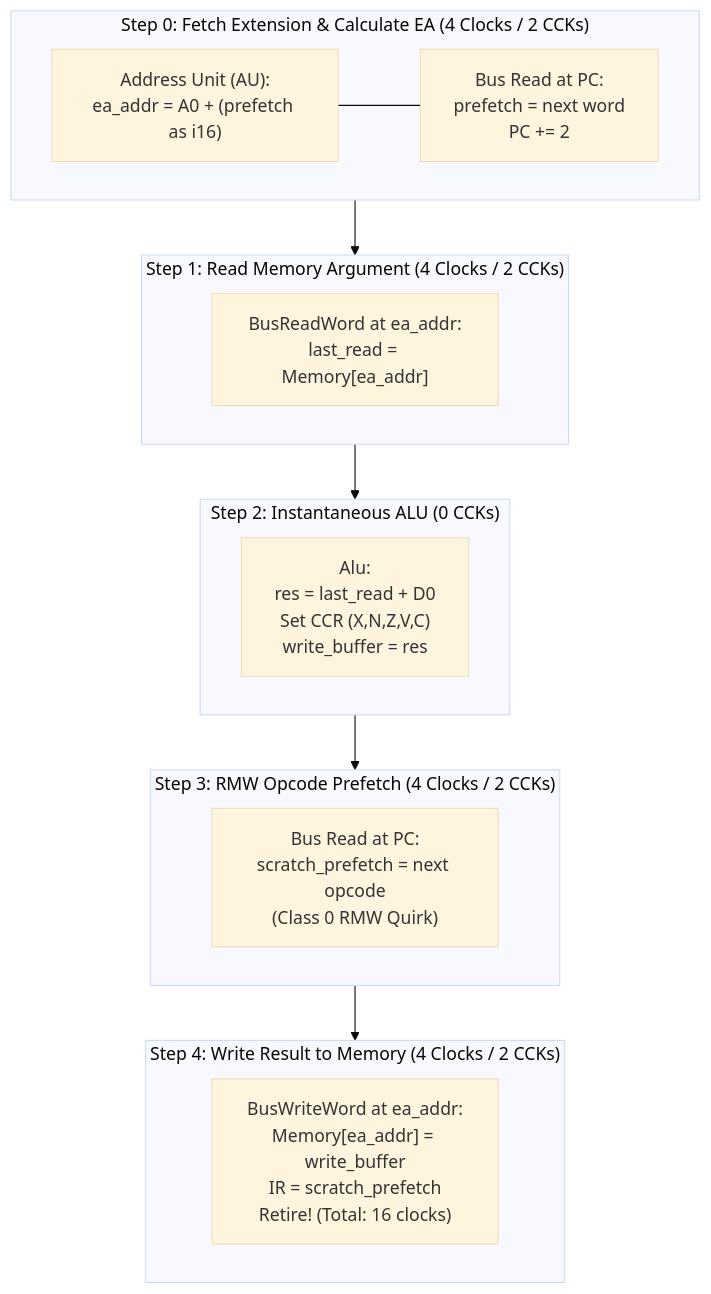
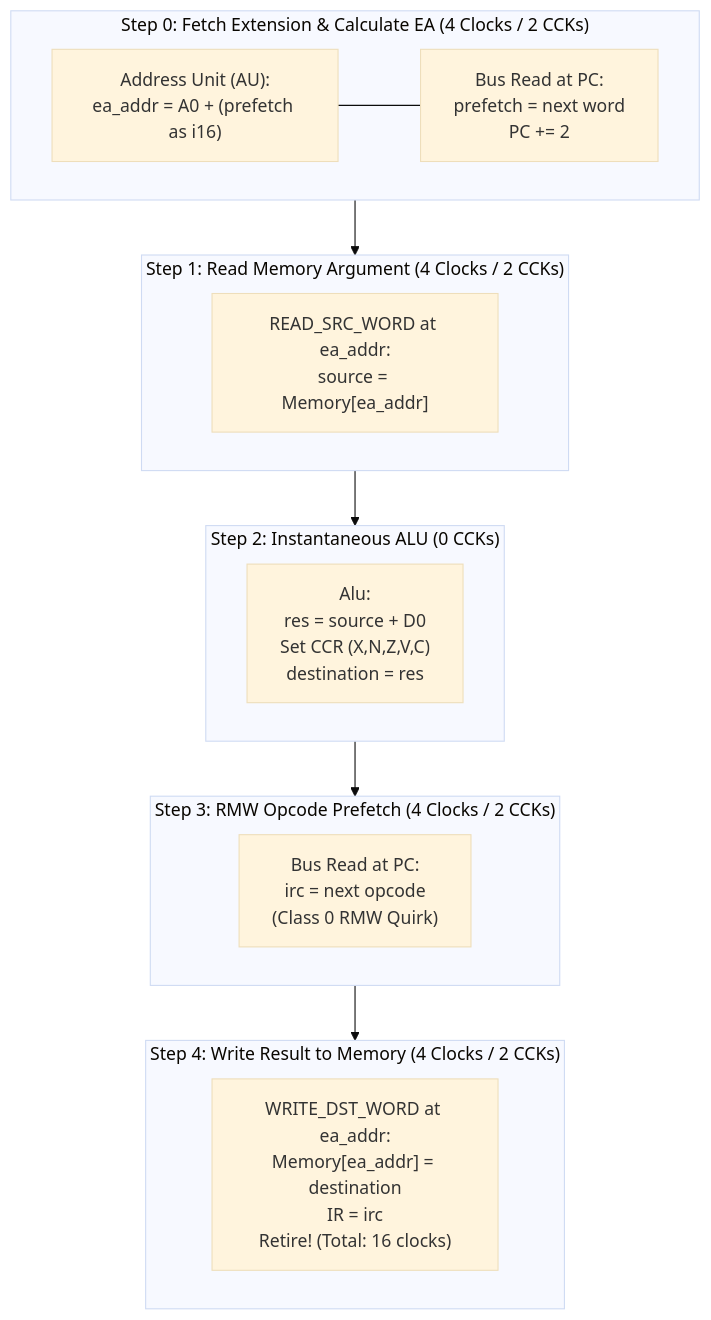
Before and after one commit to tomek-anuszkiewicz/amiga-studio: the second of 4 diagrams in Obsidian/Amiga/Design/CPU Micro-Step State Machine.md, drawn with Mermaid (base theme). The commit also changed other lines of this file and 1 other file, not shown here.

````diff
--- a/Obsidian/Amiga/Design/CPU Micro-Step State Machine.md
+++ b/Obsidian/Amiga/Design/CPU Micro-Step State Machine.md
@@ -385,26 +385,26 @@
 ```mermaid
 flowchart TD
     subgraph S0["Step 0: Fetch Extension & Calculate EA (4 Clocks / 2 CCKs)"]
         EA["Address Unit (AU):<br/>ea_addr = A0 + (prefetch as i16)"]
         FetchExt["Bus Read at PC:<br/>prefetch = next word<br/>PC += 2"]
         EA --- FetchExt
     end
 
     subgraph S1["Step 1: Read Memory Argument (4 Clocks / 2 CCKs)"]
-        ReadOp["BusReadWord at ea_addr:<br/>last_read = Memory[ea_addr]"]
+        ReadOp["READ_SRC_WORD at ea_addr:<br/>source = Memory[ea_addr]"]
     end
 
     subgraph S2["Step 2: Instantaneous ALU (0 CCKs)"]
-        Exec["Alu:<br/>res = last_read + D0<br/>Set CCR (X,N,Z,V,C)<br/>write_buffer = res"]
+        Exec["Alu:<br/>res = source + D0<br/>Set CCR (X,N,Z,V,C)<br/>destination = res"]
     end
 
     subgraph S3["Step 3: RMW Opcode Prefetch (4 Clocks / 2 CCKs)"]
-        PrefetchOp["Bus Read at PC:<br/>scratch_prefetch = next opcode<br/>(Class 0 RMW Quirk)"]
+        PrefetchOp["Bus Read at PC:<br/>irc = next opcode<br/>(Class 0 RMW Quirk)"]
     end
 
     subgraph S4["Step 4: Write Result to Memory (4 Clocks / 2 CCKs)"]
-        WriteRes["BusWriteWord at ea_addr:<br/>Memory[ea_addr] = write_buffer<br/>IR = scratch_prefetch<br/>Retire! (Total: 16 clocks)"]
+        WriteRes["WRITE_DST_WORD at ea_addr:<br/>Memory[ea_addr] = destination<br/>IR = irc<br/>Retire! (Total: 16 clocks)"]
     end
 
     S0 --> S1 --> S2 --> S3 --> S4
 ```
````
